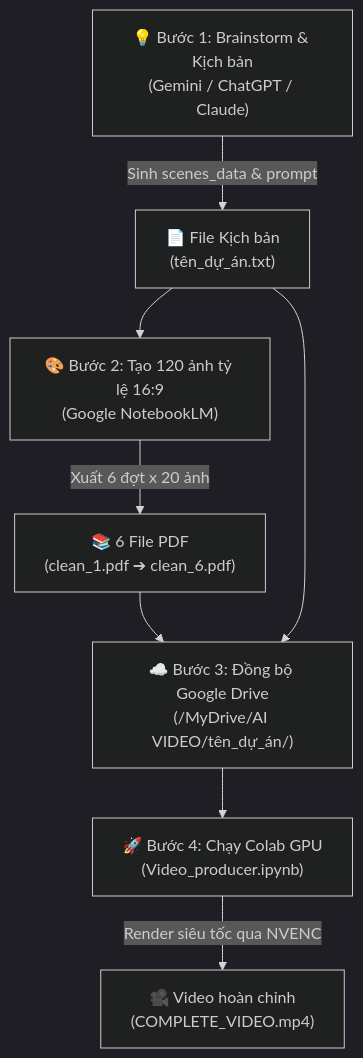
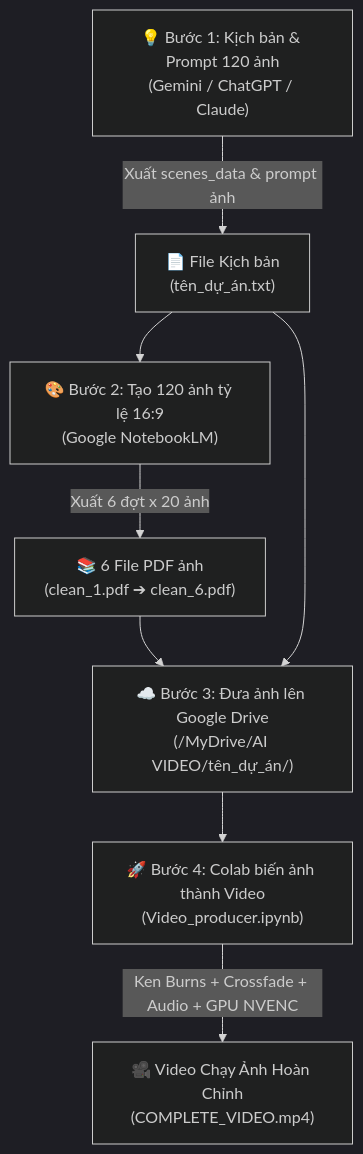
One commit to NgPcAnhh/Video_producer_automation changed the diagram in README.md. Above: the diagram before and after it, drawn with Mermaid (dark theme). The commit also changed other lines of this file, not shown here.

Commit message:
docs: emphasize image-based storytelling video format (Ken Burns & Slideshow)

````diff
--- a/README.md
+++ b/README.md
@@ -9,10 +22,10 @@
 ```mermaid
 flowchart TD
-    A["💡 Bước 1: Brainstorm & Kịch bản<br/>(Gemini / ChatGPT / Claude)"] -->|Sinh scenes_data & prompt| B["📄 File Kịch bản<br/>(tên_dự_án.txt)"]
+    A["💡 Bước 1: Kịch bản & Prompt 120 ảnh<br/>(Gemini / ChatGPT / Claude)"] -->|Xuất scenes_data & prompt ảnh| B["📄 File Kịch bản<br/>(tên_dự_án.txt)"]
     B --> C["🎨 Bước 2: Tạo 120 ảnh tỷ lệ 16:9<br/>(Google NotebookLM)"]
-    C -->|Xuất 6 đợt x 20 ảnh| D["📚 6 File PDF<br/>(clean_1.pdf ➔ clean_6.pdf)"]
-    D --> E["☁️ Bước 3: Đồng bộ Google Drive<br/>(/MyDrive/AI VIDEO/tên_dự_án/)"]
+    C -->|Xuất 6 đợt x 20 ảnh| D["📚 6 File PDF ảnh<br/>(clean_1.pdf ➔ clean_6.pdf)"]
+    D --> E["☁️ Bước 3: Đưa ảnh lên Google Drive<br/>(/MyDrive/AI VIDEO/tên_dự_án/)"]
     B --> E
-    E --> F["🚀 Bước 4: Chạy Colab GPU<br/>(Video_producer.ipynb)"]
-    F -->|Render siêu tốc qua NVENC| G["🎥 Video hoàn chỉnh<br/>(COMPLETE_VIDEO.mp4)"]
+    E --> F["🚀 Bước 4: Colab biến ảnh thành Video<br/>(Video_producer.ipynb)"]
+    F -->|Ken Burns + Crossfade + Audio + GPU NVENC| G["🎥 Video Chạy Ảnh Hoàn Chỉnh<br/>(COMPLETE_VIDEO.mp4)"]
 ```
````
